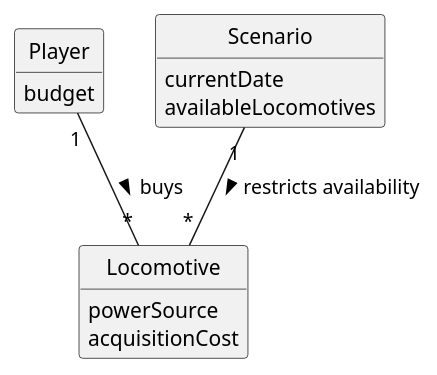
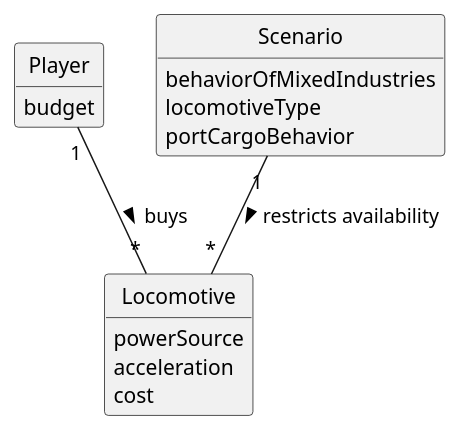
The diagram in docs/system-documentation/US009/02.analysis/puml/US009-DM.puml (1240826/empire-on-tracks), drawn with PlantUML before and after one commit. The commit also changed 4 other files, not shown here.

```diff
--- a/docs/system-documentation/US009/02.analysis/puml/US009-DM.puml
+++ b/docs/system-documentation/US009/02.analysis/puml/US009-DM.puml
@@ -1,30 +1,32 @@
 @startuml
 skinparam monochrome true
 skinparam packageStyle rectangle
 skinparam shadowing false
 
 skinparam classAttributeIconSize 0
 
 hide circle
 hide methods
 
 'title Domain Model for US009 - Buy a Locomotive
 
 class Player {
     budget
 }
 
 class Locomotive {
     powerSource
-    acquisitionCost
+    acceleration
+    cost
 }
 
 class Scenario {
-    currentDate
-    availableLocomotives
+    behaviorOfMixedIndustries
+    locomotiveType
+    portCargoBehavior
 }
 
 Player "1" -- "*" Locomotive : buys >
 Scenario "1" -- "*" Locomotive : restricts availability >
 
 @enduml
```
